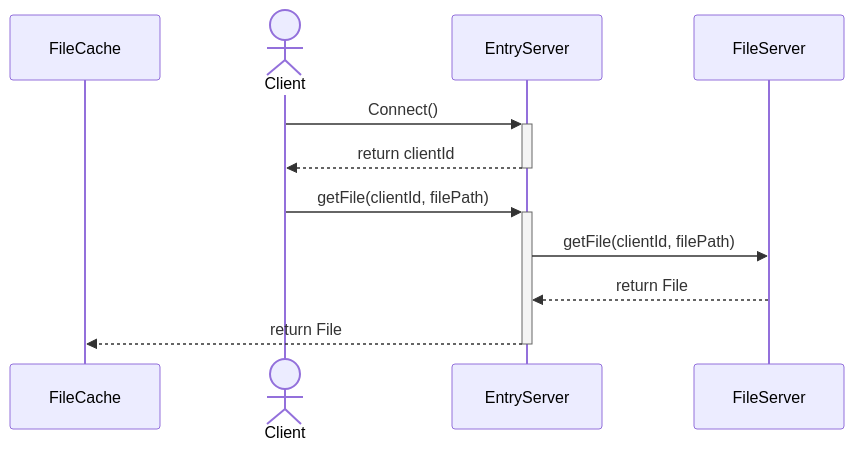
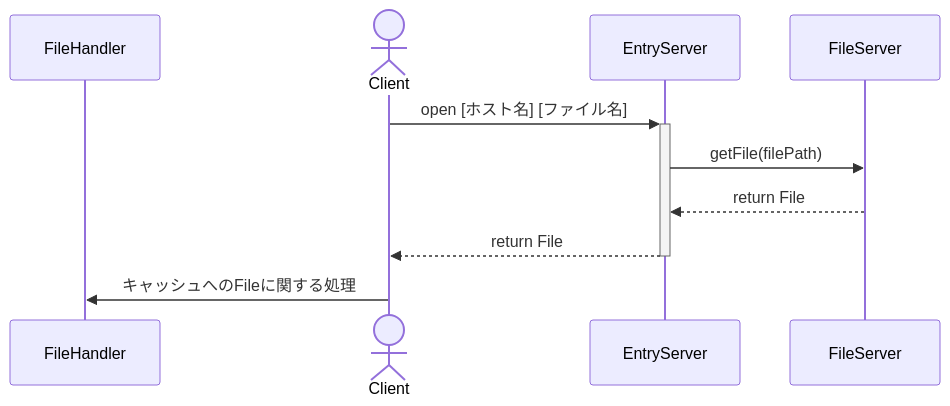
The first of 3 diagrams in design/sequence.md (kaitokimuraofficial/distributed-file-systems), drawn with Mermaid before and after one commit. The commit also changed other lines of this file, not shown here.

Commit message:
rewrite sequence

````diff
--- a/design/sequence.md
+++ b/design/sequence.md
@@ -2,15 +2,14 @@
 ```mermaid
 sequenceDiagram
 
-  participant FC as FileCache
+  participant FH as FileHandler
   actor C as Client
   participant ES as EntryServer　
   participant FS as FileServer
 
-  C->>+ES: Connect()
-  ES-->>-C: return clientId 
-  C->>+ES: getFile(clientId, filePath)
-  ES->>FS: getFile(clientId, filePath)
+  C->>+ES: open [ホスト名] [ファイル名]
+  ES->>FS: getFile(filePath)
   FS-->>ES: return File
-  ES-->>-FC: return File
+  ES-->>-C: return File
+  C->>FH: キャッシュへのFileに関する処理
 ```
````
